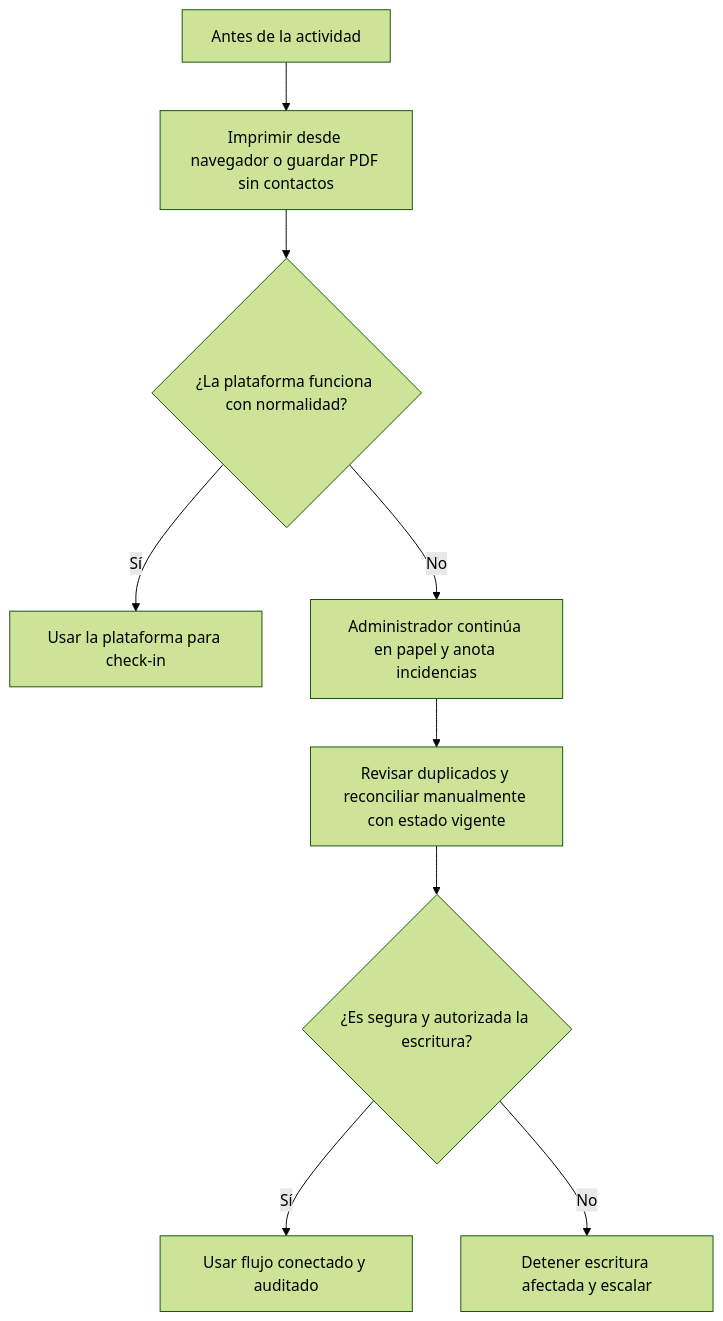
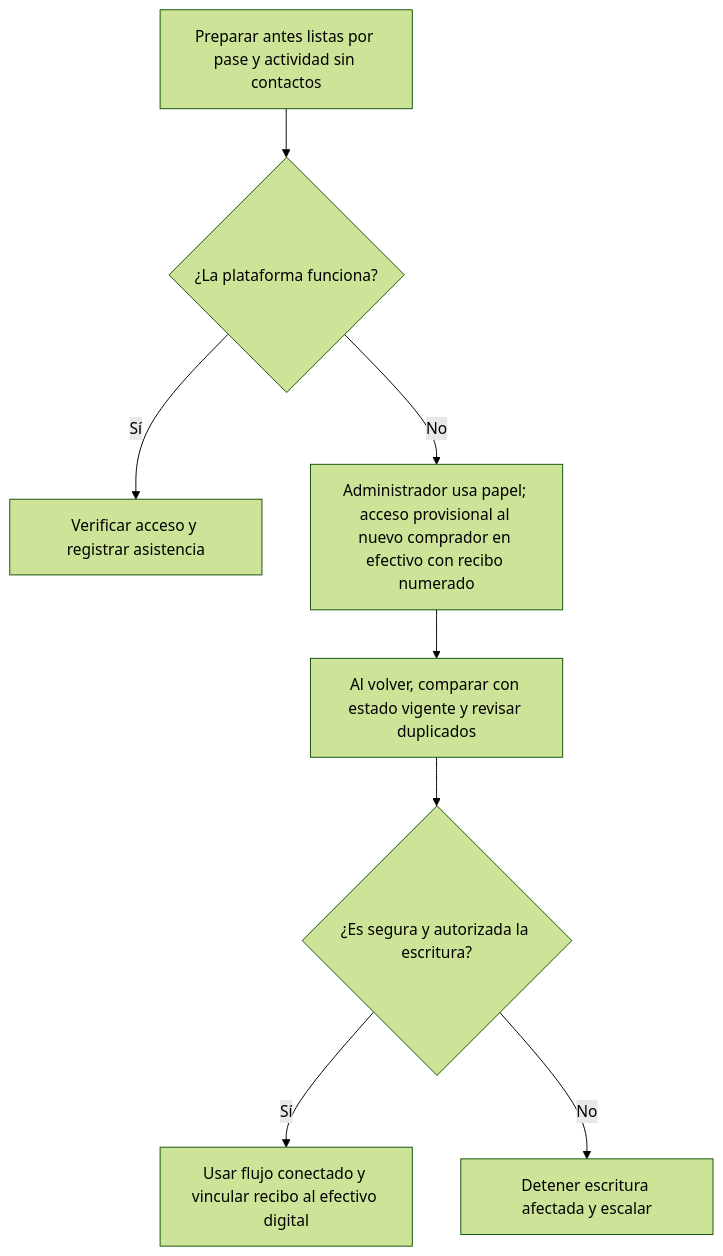
One commit to KevinBarrera/nuestro-breaking changed the fourth of 4 diagrams in docs/product/november-2026-mvp-proposal.md. Above: the diagram before and after it, drawn with Mermaid (forest theme). The commit also changed other lines of this file and 1 other file, not shown here.

````diff
--- a/docs/product/november-2026-mvp-proposal.md
+++ b/docs/product/november-2026-mvp-proposal.md
@@ -107,11 +118,10 @@
 ```mermaid
 flowchart TD
-    A[Antes de la actividad] --> B[Imprimir desde navegador o guardar PDF sin contactos]
-    B --> C{¿La plataforma funciona con normalidad?}
-    C -->|Sí| D[Usar la plataforma para check-in]
-    C -->|No| E[Administrador continúa en papel y anota incidencias]
-    E --> F[Revisar duplicados y reconciliar manualmente con estado vigente]
-    F --> G{¿Es segura y autorizada la escritura?}
-    G -->|Sí| H[Usar flujo conectado y auditado]
-    G -->|No| I[Detener escritura afectada y escalar]
+    A[Preparar antes listas por pase y actividad sin contactos] --> B{¿La plataforma funciona?}
+    B -->|Sí| C[Verificar acceso y registrar asistencia]
+    B -->|No| D[Administrador usa papel; acceso provisional al nuevo comprador en efectivo con recibo numerado]
+    D --> E[Al volver, comparar con estado vigente y revisar duplicados]
+    E --> F{¿Es segura y autorizada la escritura?}
+    F -->|Sí| G[Usar flujo conectado y vincular recibo al efectivo digital]
+    F -->|No| H[Detener escritura afectada y escalar]
 ```
````
